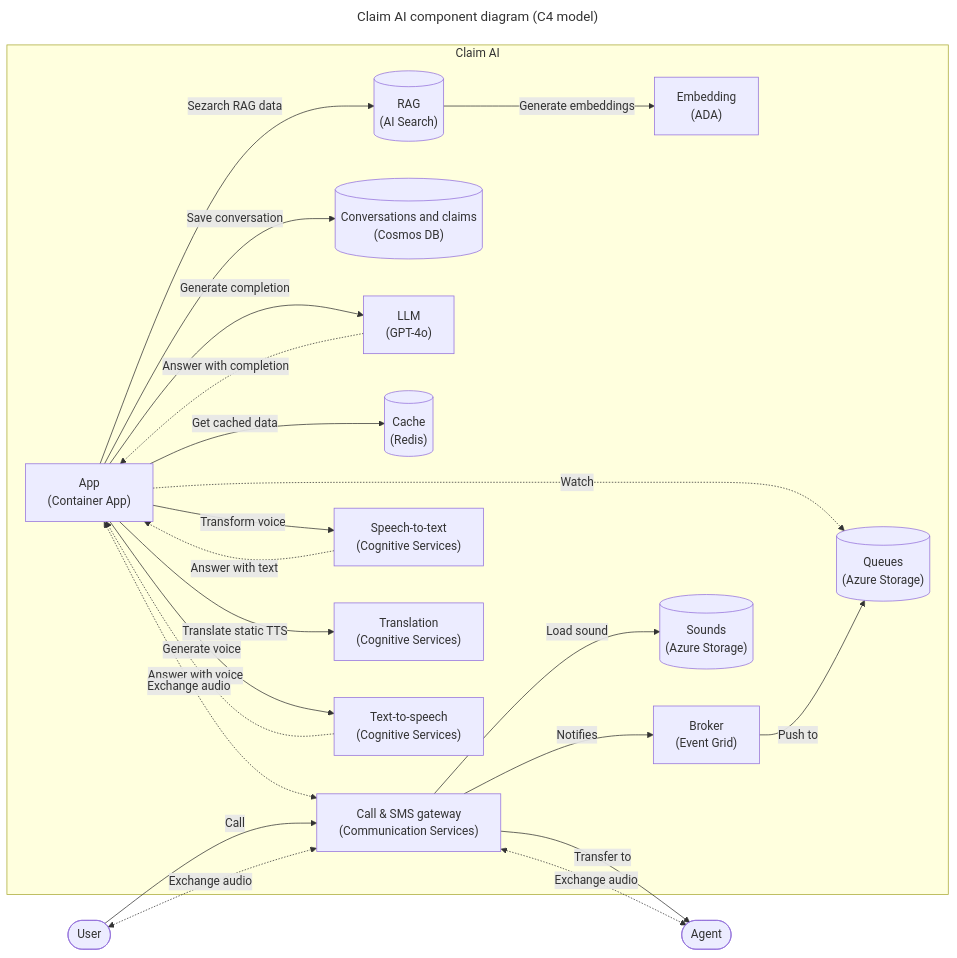
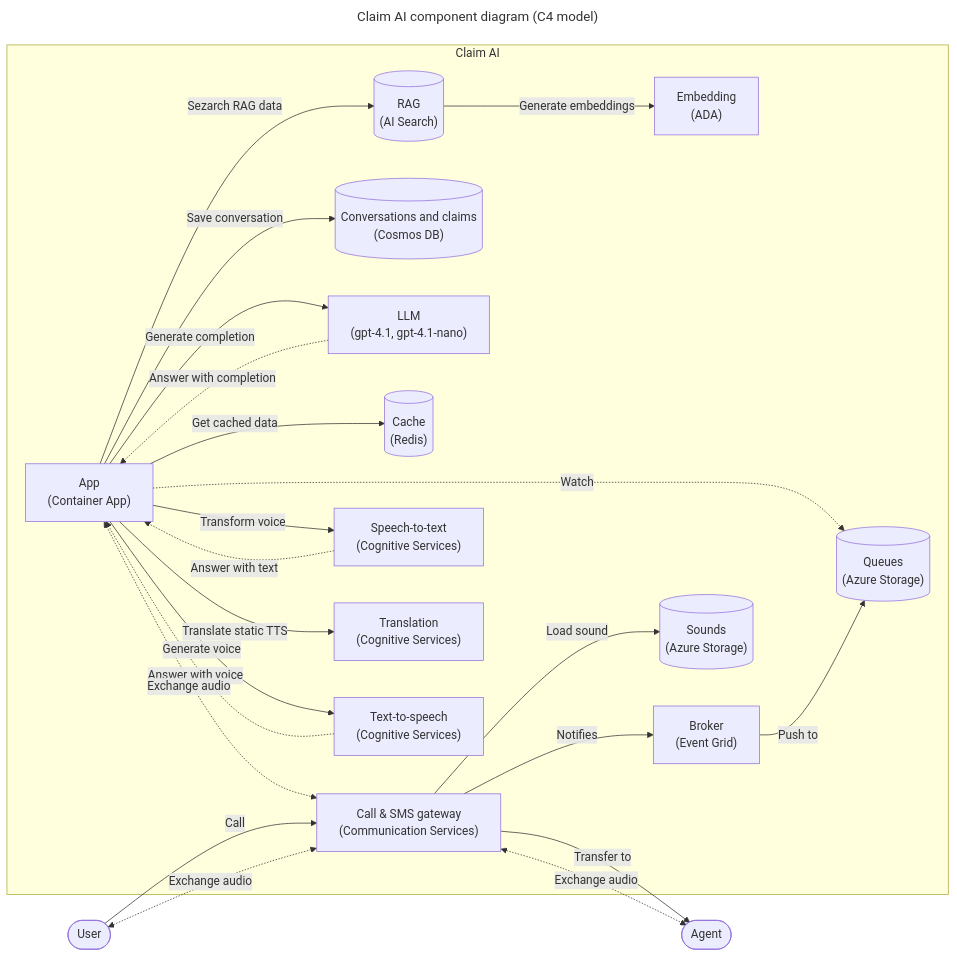
The second of 2 diagrams in README.md (microsoft/call-center-ai), drawn with Mermaid before and after one commit. The commit also changed other lines of this file and 2 other files, not shown here.

First line of the commit message:
perf: Migrate to gpt-4.1 and gpt-4.1-nano

````diff
--- a/README.md
+++ b/README.md
@@ -149,49 +149,49 @@
 ```mermaid
 ---
 title: Claim AI component diagram (C4 model)
 ---
 graph LR
   agent(["Agent"])
   user(["User"])
 
   subgraph "Claim AI"
     ada["Embedding<br>(ADA)"]
     app["App<br>(Container App)"]
     communication_services["Call & SMS gateway<br>(Communication Services)"]
     db[("Conversations and claims<br>(Cosmos DB)")]
     eventgrid["Broker<br>(Event Grid)"]
-    gpt["LLM<br>(GPT-4o)"]
+    gpt["LLM<br>(gpt-4.1, gpt-4.1-nano)"]
     queues[("Queues<br>(Azure Storage)")]
     redis[("Cache<br>(Redis)")]
     search[("RAG<br>(AI Search)")]
     sounds[("Sounds<br>(Azure Storage)")]
     sst["Speech-to-text<br>(Cognitive Services)"]
     translation["Translation<br>(Cognitive Services)"]
     tts["Text-to-speech<br>(Cognitive Services)"]
   end
 
   app -- Translate static TTS --> translation
   app -- Sezarch RAG data --> search
   app -- Generate completion --> gpt
   gpt -. Answer with completion .-> app
   app -- Generate voice --> tts
   tts -. Answer with voice .-> app
   app -- Get cached data --> redis
   app -- Save conversation --> db
   app -- Transform voice --> sst
   sst -. Answer with text .-> app
   app <-. Exchange audio .-> communication_services
   app -. Watch .-> queues
 
   communication_services -- Load sound --> sounds
   communication_services -- Notifies --> eventgrid
   communication_services -- Transfer to --> agent
   communication_services <-. Exchange audio .-> agent
   communication_services <-. Exchange audio .-> user
 
   eventgrid -- Push to --> queues
 
   search -- Generate embeddings --> ada
 
   user -- Call --> communication_services
 ```
````
